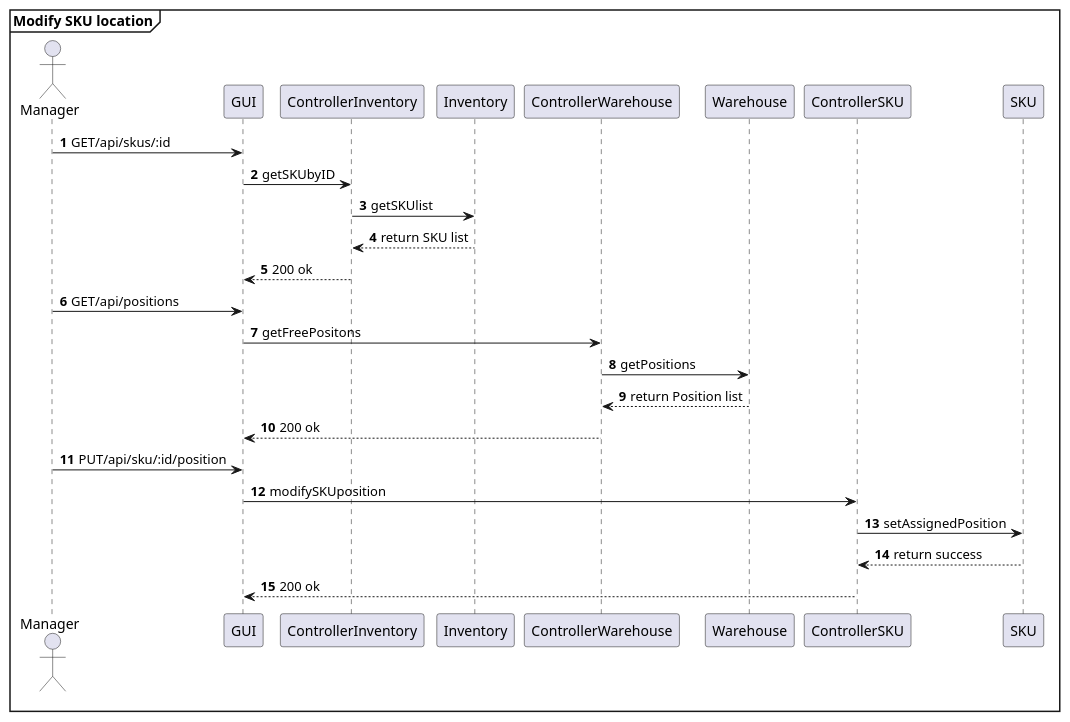
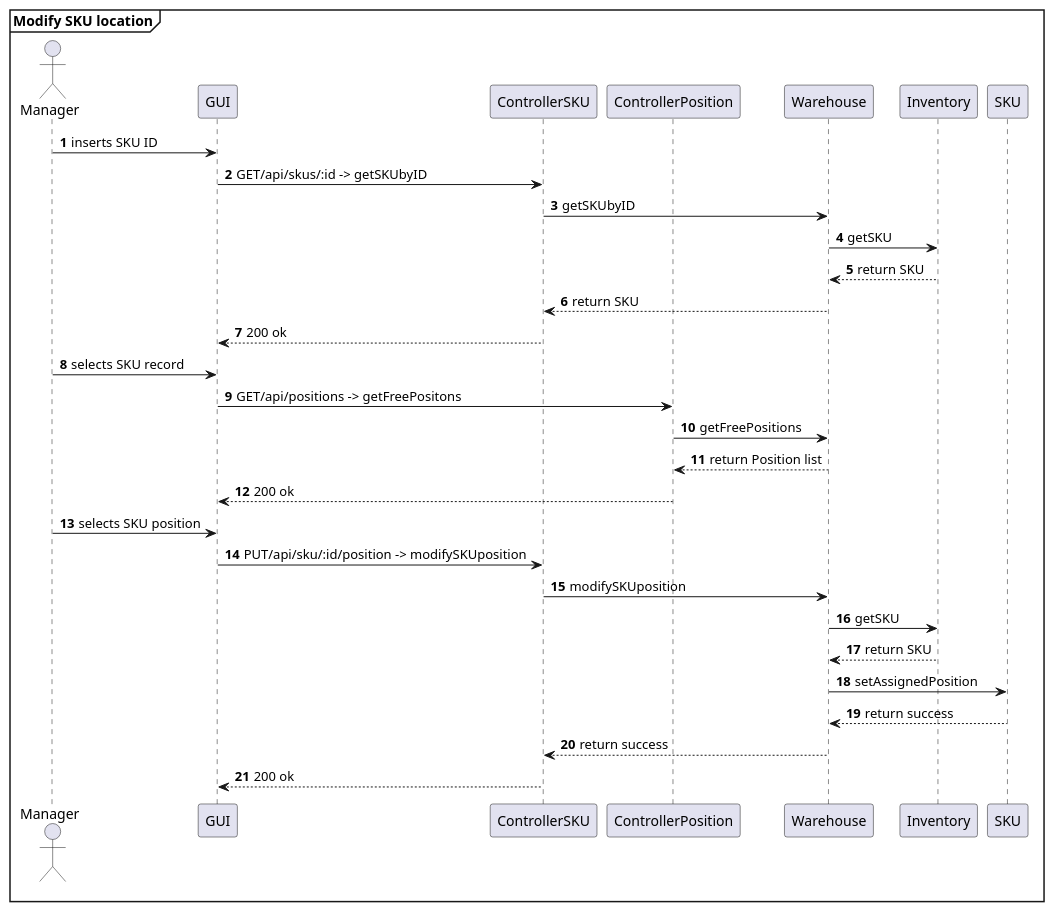
One commit to AlexZampa/EzWh changed the fourth of 29 diagrams in DesignDocument.md. Above: the diagram before and after it, drawn with PlantUML. The commit also changed other lines of this file, not shown here.

````diff
--- a/DesignDocument.md
+++ b/DesignDocument.md
@@ -521,32 +524,37 @@
 ```plantuml
 mainframe **Modify SKU location**
 actor Manager
 participant GUI
-participant ControllerInventory
+participant ControllerSKU
+participant ControllerPosition
+participant Warehouse
 participant Inventory
-participant ControllerWarehouse
-participant Warehouse
-participant ControllerSKU
 participant SKU
 
 autonumber
-Manager -> GUI : GET/api/skus/:id
-GUI -> ControllerInventory : getSKUbyID
-ControllerInventory -> Inventory : getSKUlist
-ControllerInventory <-- Inventory : return SKU list
-GUI <-- ControllerInventory : 200 ok
+Manager -> GUI : inserts SKU ID
+GUI -> ControllerSKU :  GET/api/skus/:id -> getSKUbyID
+ControllerSKU -> Warehouse : getSKUbyID
+Warehouse -> Inventory : getSKU
+Warehouse <-- Inventory : return SKU
+ControllerSKU <-- Warehouse : return SKU
+GUI <-- ControllerSKU : 200 ok
 
-Manager -> GUI : GET/api/positions
-GUI -> ControllerWarehouse : getFreePositons
-ControllerWarehouse -> Warehouse : getPositions
-ControllerWarehouse <-- Warehouse : return Position list
-GUI <-- ControllerWarehouse : 200 ok
+Manager -> GUI : selects SKU record
+GUI -> ControllerPosition : GET/api/positions -> getFreePositons
+ControllerPosition -> Warehouse : getFreePositions
+ControllerPosition <-- Warehouse : return Position list
+GUI <-- ControllerPosition : 200 ok
 
-Manager -> GUI : PUT/api/sku/:id/position
-GUI -> ControllerSKU : modifySKUposition
-ControllerSKU -> SKU : setAssignedPosition
-ControllerSKU <-- SKU : return success
+Manager -> GUI : selects SKU position
+GUI -> ControllerSKU : PUT/api/sku/:id/position -> modifySKUposition
+ControllerSKU -> Warehouse : modifySKUposition
+Warehouse -> Inventory : getSKU
+Warehouse <-- Inventory : return SKU
+Warehouse -> SKU : setAssignedPosition
+Warehouse <-- SKU : return success
+ControllerSKU <-- Warehouse : return success
 GUI <-- ControllerSKU : 200 ok
 
 @enduml
 ```
````
